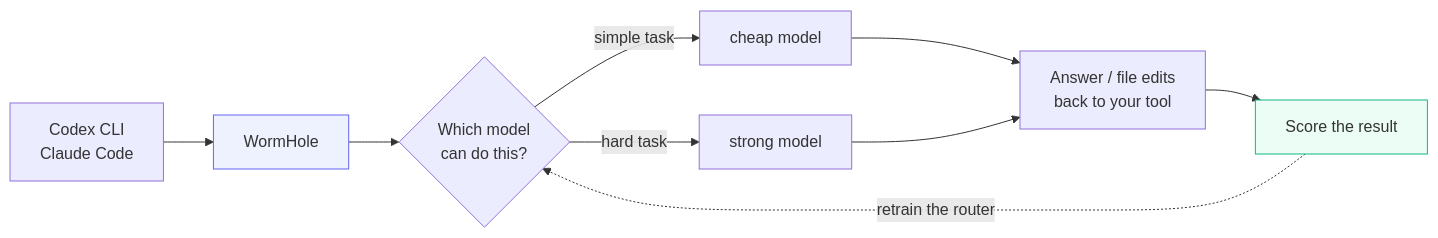
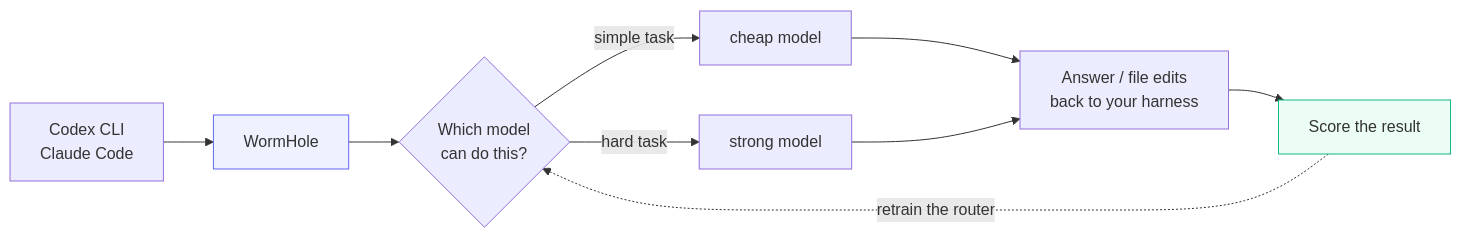
Before and after one commit to vencat2025/Wormhole: the diagram in README.md, drawn with Mermaid. The commit also changed other lines of this file and 2 other files, not shown here.

First line of the commit message:
Show harness routing live on the dashboard

````diff
--- a/README.md
+++ b/README.md
@@ -39,14 +40,14 @@
 ```mermaid
 flowchart LR
     A["Codex CLI<br/>Claude Code"] --> B["WormHole"]
     B --> C{"Which model<br/>can do this?"}
     C -->|"simple task"| D["cheap model"]
     C -->|"hard task"| E["strong model"]
-    D --> F["Answer / file edits<br/>back to your tool"]
+    D --> F["Answer / file edits<br/>back to your harness"]
     E --> F
     F --> G["Score the result"]
     G -.->|"retrain the router"| C
 
     style B fill:#eef2ff,stroke:#6366f1
     style G fill:#ecfdf5,stroke:#10b981
 ```
````
